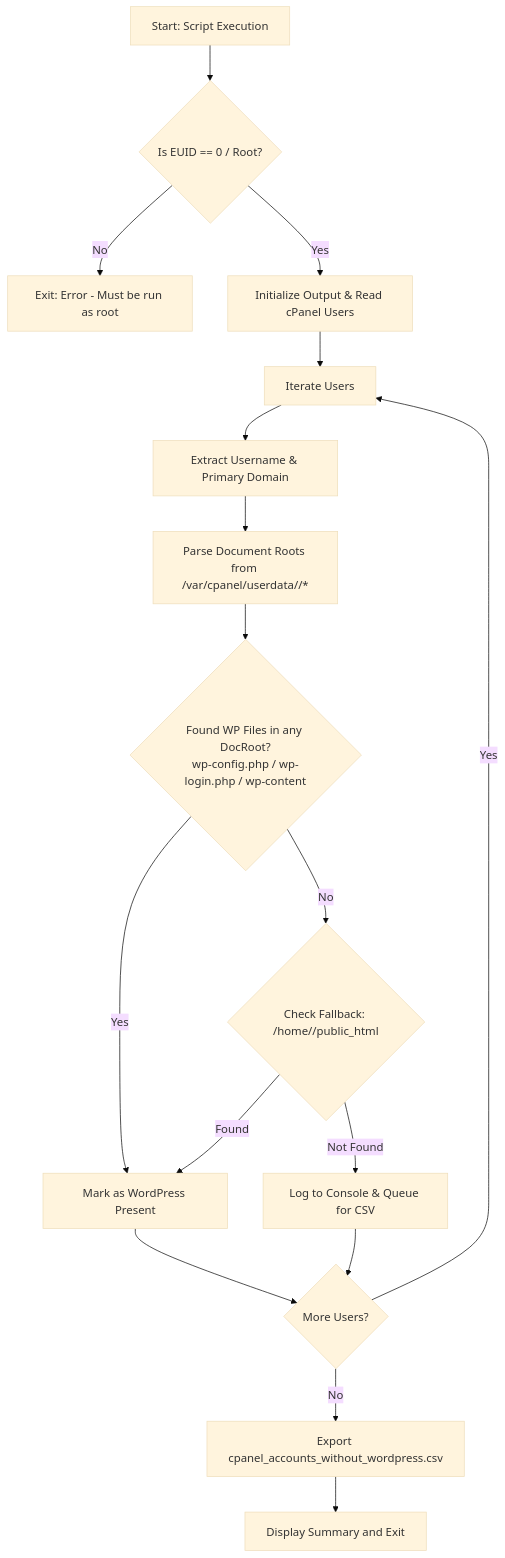
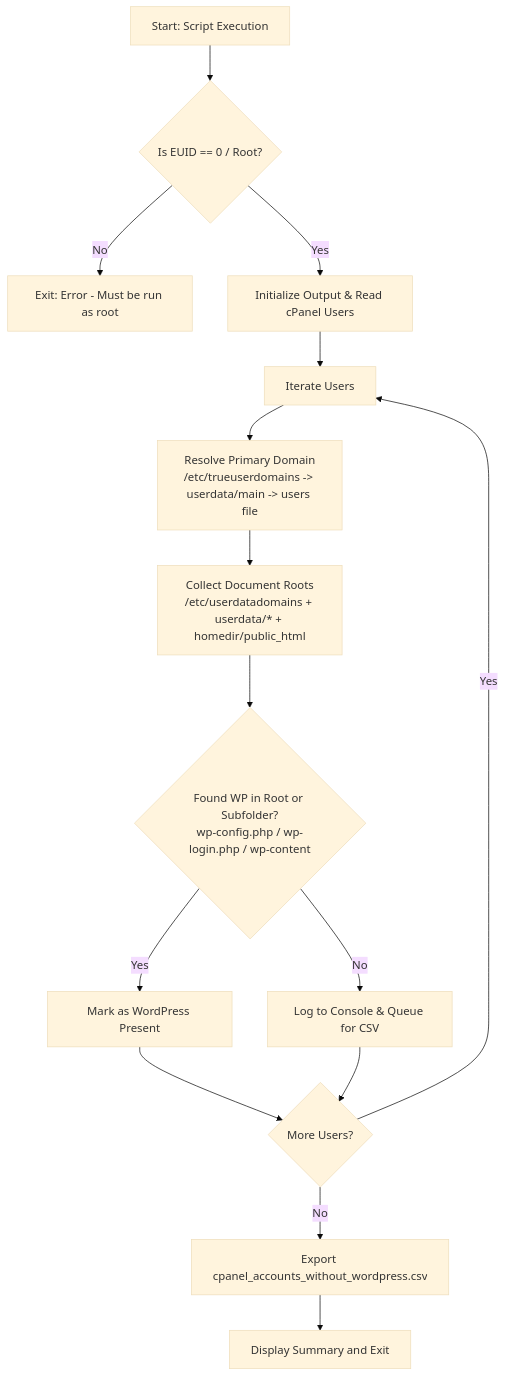
One commit to DevFlite/cpanel-detect-non-wp-user changed the diagram in README.md. Above: the diagram before and after it, drawn with Mermaid (base theme). The commit also changed other lines of this file and 2 other files, not shown here.

Commit message:
refactor: improve detection robustness with multi-source domain resolution, subdirectory checks, and system user filtering

````diff
--- a/README.md
+++ b/README.md
@@ -53,19 +57,17 @@
 ```mermaid
 flowchart TD
     A[Start: Script Execution] --> B{Is EUID == 0 / Root?}
     B -- No --> C[Exit: Error - Must be run as root]
     B -- Yes --> D[Initialize Output & Read cPanel Users]
     D --> E[Iterate Users]
-    E --> F[Extract Username & Primary Domain]
-    F --> G[Parse Document Roots from /var/cpanel/userdata/<user>/*]
-    G --> H{Found WP Files in any DocRoot?<br/>wp-config.php / wp-login.php / wp-content}
+    E --> F[Resolve Primary Domain<br/>/etc/trueuserdomains -> userdata/main -> users file]
+    F --> G[Collect Document Roots<br/>/etc/userdatadomains + userdata/* + homedir/public_html]
+    G --> H{Found WP in Root or Subfolder?<br/>wp-config.php / wp-login.php / wp-content}
     H -- Yes --> I[Mark as WordPress Present]
-    H -- No --> J{Check Fallback: /home/<user>/public_html}
-    J -- Found --> I
-    J -- Not Found --> K[Log to Console & Queue for CSV]
-    I --> L{More Users?}
-    K --> L
-    L -- Yes --> E
-    L -- No --> M[Export cpanel_accounts_without_wordpress.csv]
-    M --> N[Display Summary and Exit]
+    H -- No --> J[Log to Console & Queue for CSV]
+    I --> K{More Users?}
+    J --> K
+    K -- Yes --> E
+    K -- No --> L[Export cpanel_accounts_without_wordpress.csv]
+    L --> M[Display Summary and Exit]
 ```
````
